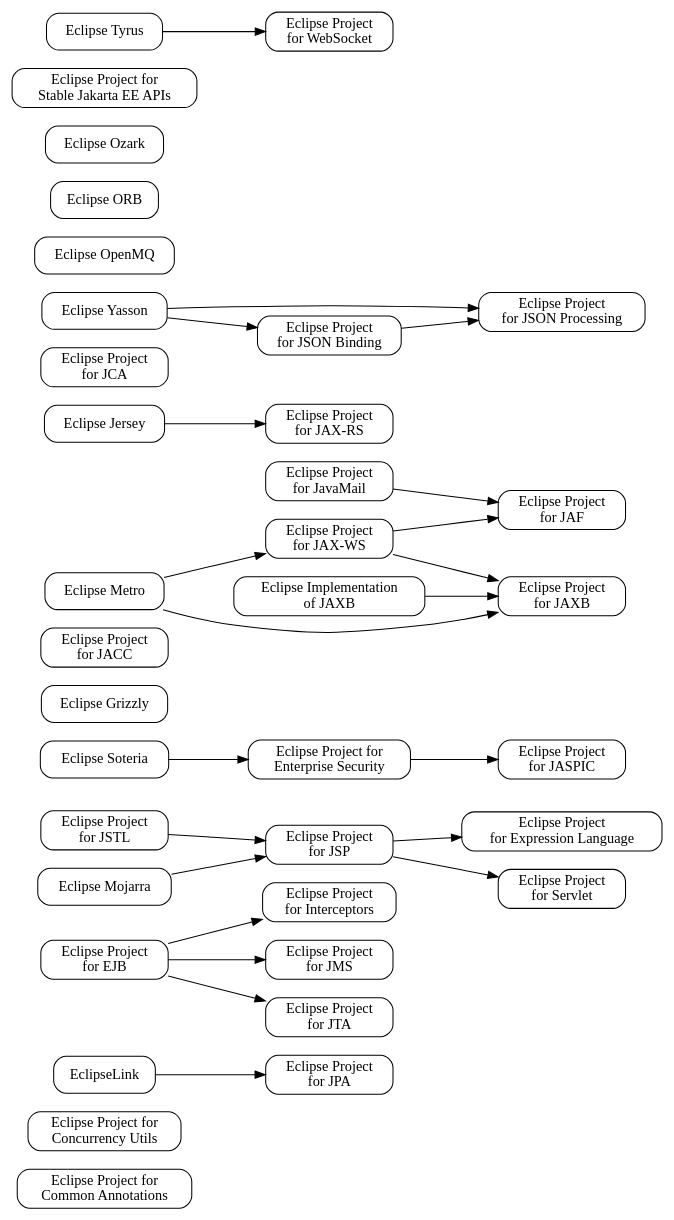
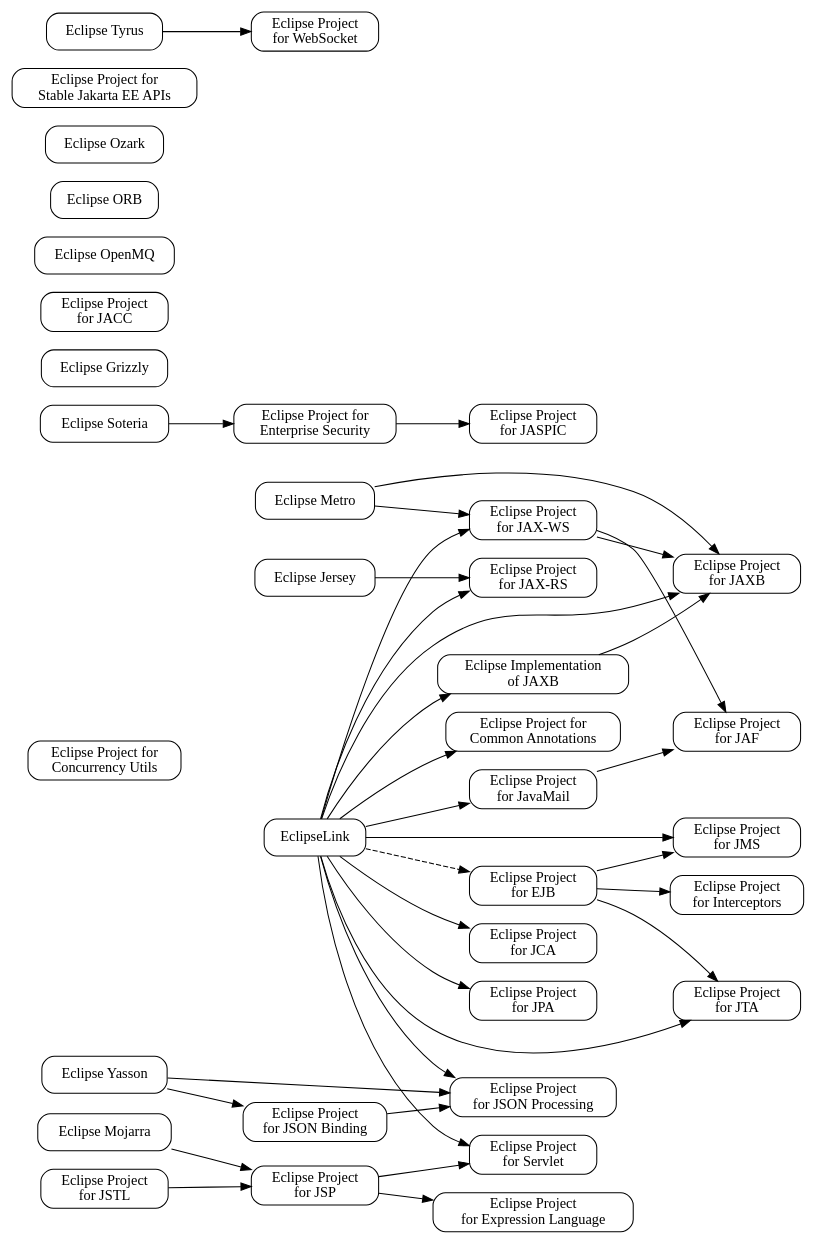
The diagram in src/dot/dependencies.dot (eclipse-ee4j/ee4j-website), drawn with Graphviz before and after one commit.

Commit message:
EclipseLink dependencies added

```diff
--- a/src/dot/dependencies.dot
+++ b/src/dot/dependencies.dot
@@ -1,94 +1,109 @@
 /********************************************************************************
  * Copyright (c) 2018 Contributors to the Eclipse Foundation
  * 
  * See the NOTICE file(s) distributed with this work for additional
  * information regarding copyright ownership.
  * 
  * This program and the accompanying materials are made available under the
  * terms of the Eclipse Distribution License v. 1.0 which is available at
  * http://www.eclipse.org/org/documents/edl-v10.php.
  * 
  * SPDX-License-Identifier: BSD-3-Clause
  ********************************************************************************/
 
 // This file defines a graph of the relationship between the
 // EE4J Projects that make up Jakarta EE.
 //
 // Render using Graphviz.
 // e.g. 
 // > dot dependencies.dot -Tsvg > dependencies.svg
 //
 
 digraph G {
 	rankdir=LR;
 	rank=same;
 
 	// Eclipse project nodes
 	// Projects that provide definitions or implementations of the
 	// specifications go here. All nodes that represent
 	// projects are prefixed with "project_"
 	
 	node[ shape=box, style="rounded" ]
 	//project_platform[ label="Eclipse Project for\nJakarta EE Platform", URL="https://projects.eclipse.org/proposals/eclipse-jakarta-ee-platform" ];
 	project_ca[ label="Eclipse Project for\nCommon Annotations", URL="https://projects.eclipse.org/projects/ee4j.ca" ];
 	project_cu[ label="Eclipse Project for\nConcurrency Utils", URL="https://projects.eclipse.org/projects/ee4j.cu" ];
 	project_eclipselink[ label="EclipseLink", URL="https://projects.eclipse.org/projects/ee4j.eclipselink" ];
 	project_ejb[ label="Eclipse Project\nfor EJB", URL="https://projects.eclipse.org/proposals/eclipse-project-ejb" ];
 	project_el[ label="Eclipse Project\nfor Expression Language", URL="https://projects.eclipse.org/projects/ee4j.el" ];
 	project_es[ label="Eclipse Project for\nEnterprise Security", URL="https://projects.eclipse.org/projects/ee4j.es/" ];
 	project_grizzly[ label="Eclipse Grizzly", URL="https://projects.eclipse.org/projects/ee4j.grizzly" ];
 	project_interceptors[ label="Eclipse Project\nfor Interceptors", URL="https://projects.eclipse.org/proposals/eclipse-project-interceptors" ];
 	project_jacc[label="Eclipse Project\nfor JACC", URL="https://projects.eclipse.org/projects/ee4j.jacc" ];
 	project_jaf[ label="Eclipse Project\nfor JAF", URL="https://projects.eclipse.org/proposals/eclipse-project-jaf" ];
 	project_javamail[ label="Eclipse Project\nfor JavaMail", URL="https://projects.eclipse.org/projects/ee4j.javamail" ];
 	project_jaspic[label="Eclipse Project\nfor JASPIC", URL="https://projects.eclipse.org/projects/ee4j.jaspic" ]; 
 	project_jaxb[ label="Eclipse Project\nfor JAXB", URL="https://projects.eclipse.org/proposals/eclipse-project-jaxb" ];
 	project_jaxb_impl[ label="Eclipse Implementation\nof JAXB", URL="https://projects.eclipse.org/proposals/eclipse-implementation-jaxb" ];
 	project_jaxrs[ label="Eclipse Project\nfor JAX-RS", URL="https://projects.eclipse.org/projects/ee4j.jaxrs" ];
 	project_jaxws[ label="Eclipse Project\nfor JAX-WS", URL="https://projects.eclipse.org/proposals/eclipse-project-jax-ws" ];
 	project_jca[ label="Eclipse Project\nfor JCA", URL="https://projects.eclipse.org/proposals/eclipse-project-jca" ];
 	project_jersey[ label="Eclipse Jersey", URL="https://projects.eclipse.org/projects/ee4j.jersey" ];
 	project_jms[ label="Eclipse Project\nfor JMS", URL="https://projects.eclipse.org/projects/ee4j.jms" ];
 	project_jpa[ label="Eclipse Project\nfor JPA", URL="https://projects.eclipse.org/projects/ee4j.jpa" ]
 	project_jsonp[ label="Eclipse Project\nfor JSON Processing", URL="https://projects.eclipse.org/projects/ee4j.jsonp" ];
 	project_jsonb[ label="Eclipse Project\nfor JSON Binding", URL="https://projects.eclipse.org/projects/ee4j.jsonb" ];
 	project_yasson[ label="Eclipse Yasson", URL="https://projects.eclipse.org/projects/ee4j.yasson" ];
 	project_jsp[ label="Eclipse Project\nfor JSP", URL="https://projects.eclipse.org/projects/ee4j.jsp" ];
 	project_jstl[ label="Eclipse Project\nfor JSTL", URL="https://projects.eclipse.org/projects/ee4j.jstl"  ];
 	project_jta[ label="Eclipse Project\nfor JTA", URL="https://projects.eclipse.org/projects/ee4j.jta" ];
 	project_metro[ label="Eclipse Metro", URL="https://projects.eclipse.org/proposals/eclipse-metro" ];
 	project_mojarra[ label="Eclipse Mojarra", URL="https://projects.eclipse.org/projects/ee4j.mojarra" ];
 	project_openmq[ label="Eclipse OpenMQ", URL="https://projects.eclipse.org/projects/ee4j.openmq" ];
 	project_orb[ label="Eclipse ORB" ];
 	project_ozark[ label="Eclipse Ozark" ];	
 	project_soteria[ label="Eclipse Soteria", URL="https://projects.eclipse.org/projects/ee4j.soteria" ];
 	project_stable[ label="Eclipse Project for\nStable Jakarta EE APIs", URL="https://projects.eclipse.org/projects/ee4j.jakartaee-stable" ];
 	project_servlet[ label="Eclipse Project\nfor Servlet", URL="https://projects.eclipse.org/projects/ee4j.servlet" ];
 	project_tyrus[ label="Eclipse Tyrus", URL="https://projects.eclipse.org/projects/ee4j.tyrus" ];
 	project_websocket[ label="Eclipse Project\nfor WebSocket", URL="https://projects.eclipse.org/projects/ee4j.websocket" ];
 
-	// Dependencies between projects.
+	// Compile time sependencies between projects.
 	// e.g. EJB requires Interceptors, JTA, ...
 	edge[ style="solid" ];
 	project_ejb -> project_interceptors;
 	project_ejb -> project_jta;
 	project_ejb -> project_jms;
 	project_mojarra -> project_jsp;
 	project_jstl -> project_jsp;
 	project_jsp -> project_servlet;
 	project_jsp -> project_el;
 	project_javamail -> project_jaf;
 	project_jaxb_impl -> project_jaxb;
 	project_jaxws -> project_jaf;
 	project_jaxws -> project_jaxb;
 	project_metro -> project_jaxws;
 	project_metro -> project_jaxb;
 	project_es -> project_jaspic;
 	project_jsonb -> project_jsonp;
 	project_yasson -> project_jsonb;
 	project_yasson -> project_jsonp;
 	project_tyrus -> project_websocket;
 	project_jersey -> project_jaxrs;
+	project_soteria -> project_es;
 	project_eclipselink -> project_jpa;
-	project_soteria -> project_es;
+	project_eclipselink -> project_jaxrs;
+	project_eclipselink -> project_jaxws;
+	project_eclipselink -> project_ca;
+	project_eclipselink -> project_jaxb;
+	project_eclipselink -> project_jaxb_impl;
+	project_eclipselink -> project_jsonp;
+	project_eclipselink -> project_jta;
+	project_eclipselink -> project_servlet;
+	project_eclipselink -> project_jca;
+	project_eclipselink -> project_jms;
+	project_eclipselink -> project_javamail;
+
+	// Tests dependencies
+	edge[ style="dashed" ];
+	project_eclipselink -> project_ejb;				
 }
```
